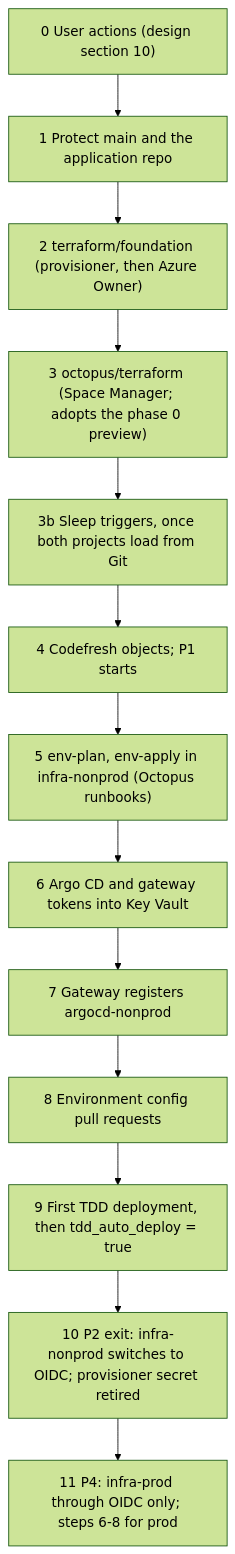
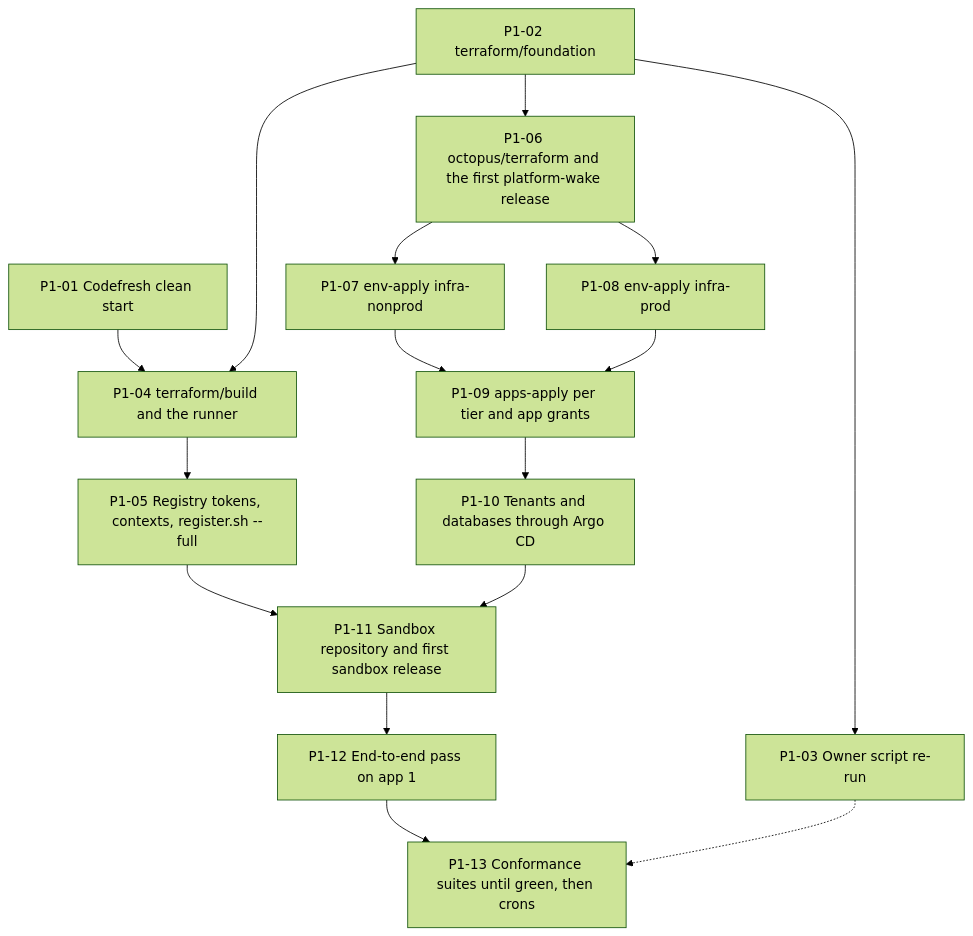
The diagram in docs/bootstrap.md (clearmeasure-aisf-sample-apps/basic-environment-octopus-codefresh), drawn with Mermaid (forest theme) before and after one commit. The commit also changed other lines of this file and 743 other files, not shown here.

First line of the commit message:
Implement ADR-IR34: multi-app platform, .NET conformance harness

````diff
--- a/docs/bootstrap.md
+++ b/docs/bootstrap.md
@@ -30,15 +28,18 @@
 ```mermaid
 flowchart TD
-    s0["0 User actions (design section 10)"] --> s1["1 Protect main and the application repo"]
-    s1 --> s2["2 terraform/foundation (provisioner, then Azure Owner)"]
-    s2 --> s3["3 octopus/terraform (Space Manager; adopts the phase 0 preview)"]
-    s3 --> s3b["3b Sleep triggers, once both projects load from Git"]
-    s3b --> s4["4 Codefresh objects; P1 starts"]
-    s4 --> s5["5 env-plan, env-apply in infra-nonprod (Octopus runbooks)"]
-    s5 --> s6["6 Argo CD and gateway tokens into Key Vault"]
-    s6 --> s7["7 Gateway registers argocd-nonprod"]
-    s7 --> s8["8 Environment config pull requests"]
-    s8 --> s9["9 First TDD deployment, then tdd_auto_deploy = true"]
-    s9 --> s10["10 P2 exit: infra-nonprod switches to OIDC; provisioner secret retired"]
-    s10 --> s11["11 P4: infra-prod through OIDC only; steps 6-8 for prod"]
+    p01["P1-01 Codefresh clean start"] --> p04
+    p02["P1-02 terraform/foundation"] --> p03["P1-03 Owner script re-run"]
+    p02 --> p04["P1-04 terraform/build and the runner"]
+    p04 --> p05["P1-05 Registry tokens, contexts, register.sh --full"]
+    p02 --> p06["P1-06 octopus/terraform and the first platform-wake release"]
+    p06 --> p07["P1-07 env-apply infra-nonprod"]
+    p06 --> p08["P1-08 env-apply infra-prod"]
+    p07 --> p09["P1-09 apps-apply per tier and app grants"]
+    p08 --> p09
+    p09 --> p10["P1-10 Tenants and databases through Argo CD"]
+    p05 --> p11["P1-11 Sandbox repository and first sandbox release"]
+    p10 --> p11
+    p11 --> p12["P1-12 End-to-end pass on app 1"]
+    p12 --> p13["P1-13 Conformance suites until green, then crons"]
+    p03 -.-> p13
 ```
````
